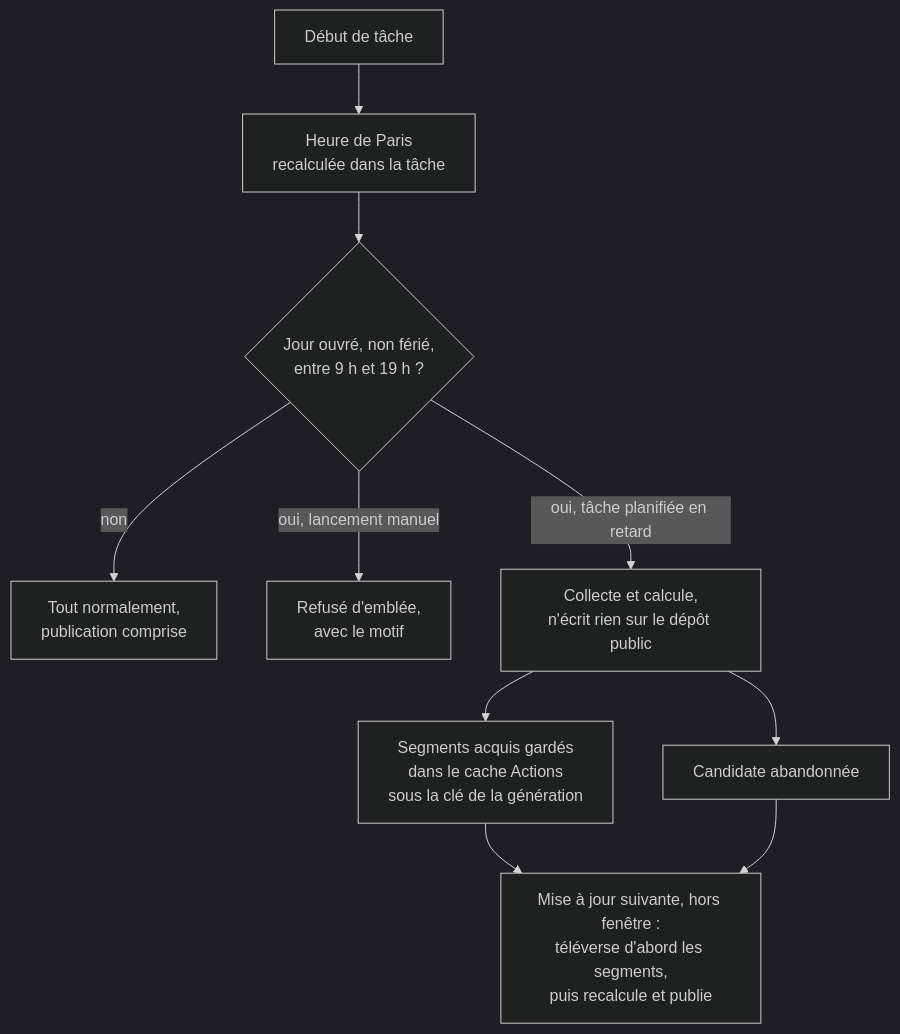
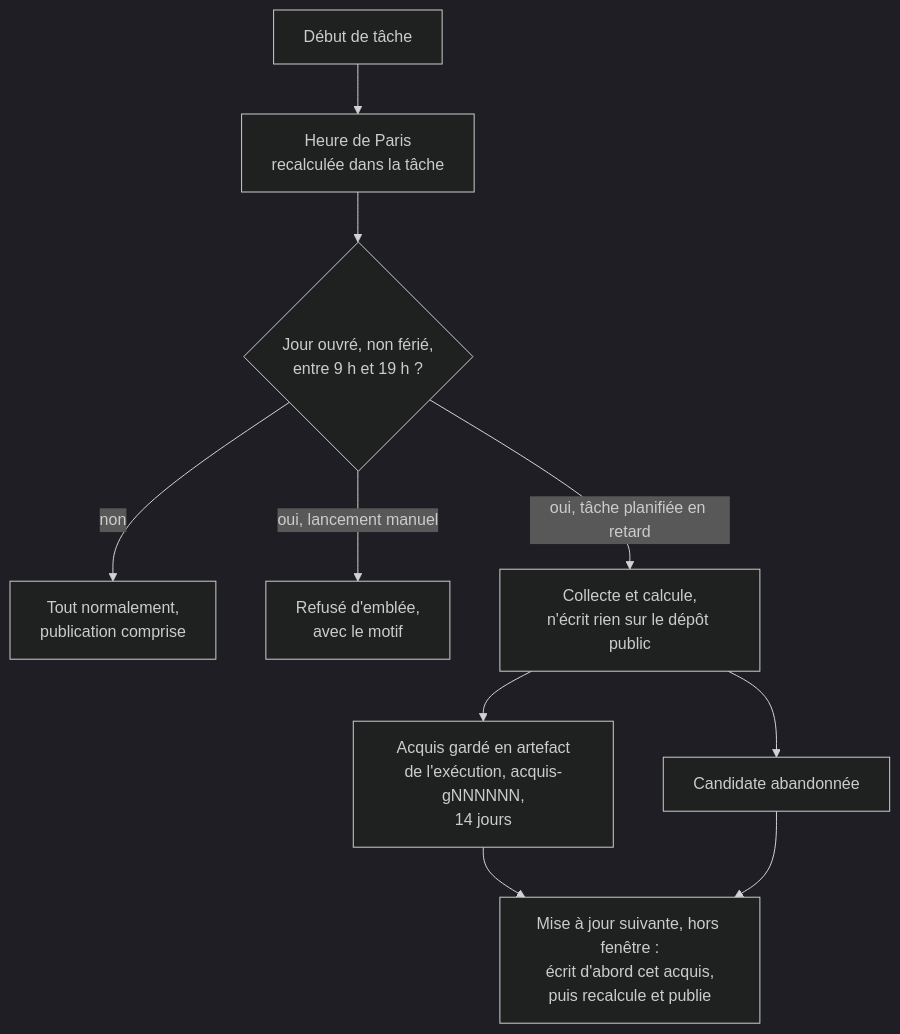
Before and after one commit to stephieED/Empreinte-politique-new-pipeline-test: the third of 11 diagrams in livrables/2-processus-collecte-publication.md, drawn with Mermaid (dark theme). The commit also changed other lines of this file and 8 other files, not shown here.

````diff
--- a/livrables/2-processus-collecte-publication.md
+++ b/livrables/2-processus-collecte-publication.md
@@ -233,12 +247,12 @@
 ```mermaid
 flowchart TB
     S["Début de tâche"] --> H["Heure de Paris<br/>recalculée dans la tâche"]
     H --> Q{"Jour ouvré, non férié,<br/>entre 9 h et 19 h ?"}
     Q -- "non" --> N["Tout normalement,<br/>publication comprise"]
     Q -- "oui, lancement manuel" --> M["Refusé d'emblée,<br/>avec le motif"]
     Q -- "oui, tâche planifiée en retard" --> D["Collecte et calcule,<br/>n'écrit rien sur le dépôt public"]
-    D --> C["Segments acquis gardés<br/>dans le cache Actions<br/>sous la clé de la génération"]
+    D --> C["Acquis gardé en artefact<br/>de l'exécution, acquis-gNNNNNN,<br/>14 jours"]
     D --> X["Candidate abandonnée"]
-    C --> F["Mise à jour suivante, hors fenêtre :<br/>téléverse d'abord les segments,<br/>puis recalcule et publie"]
+    C --> F["Mise à jour suivante, hors fenêtre :<br/>écrit d'abord cet acquis,<br/>puis recalcule et publie"]
     X --> F
 ```
````
